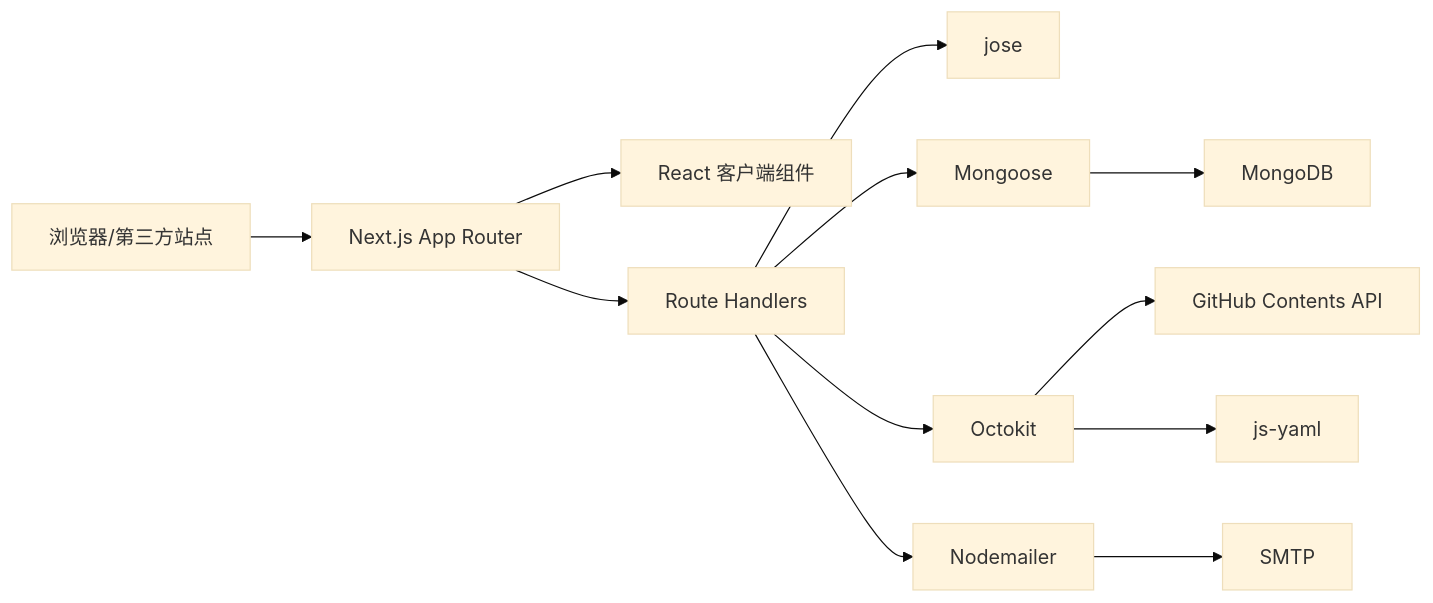
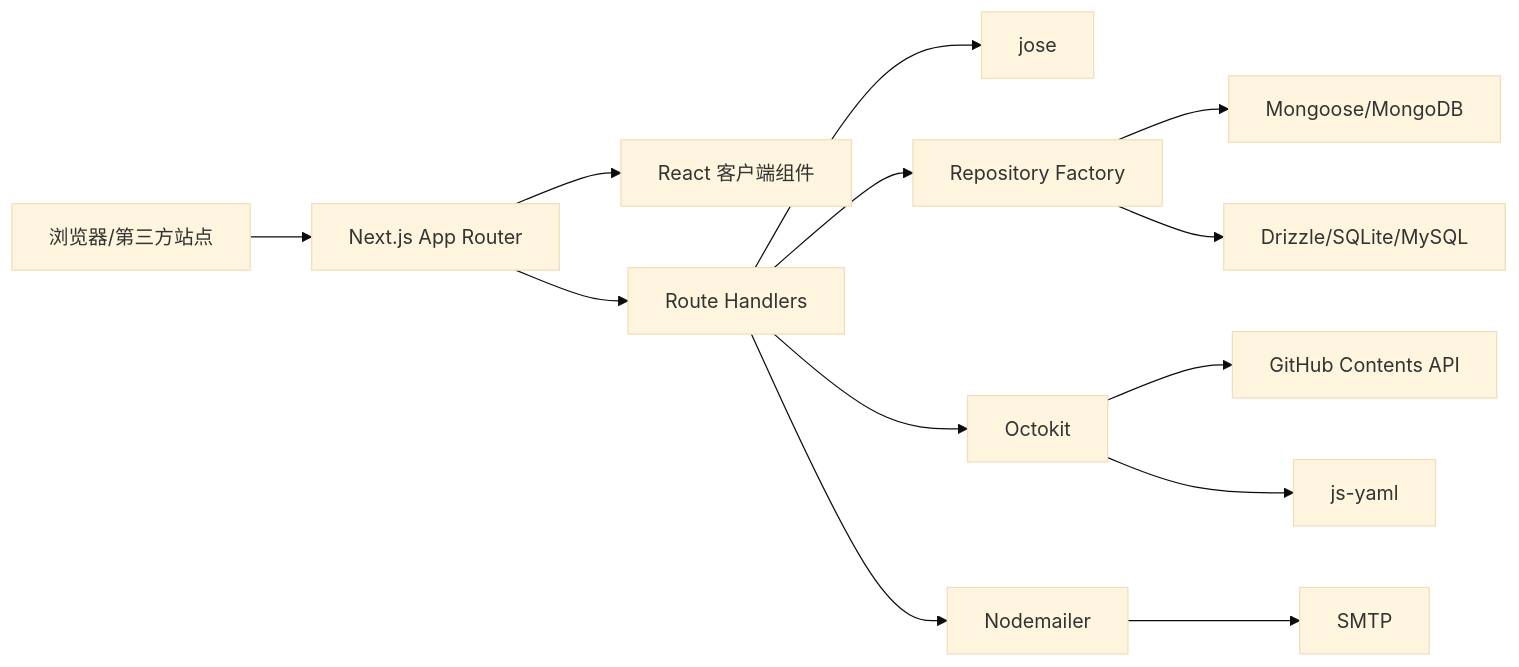
The diagram in docs/code-wiki/dependencies.md (kmoretti/friendlink-verify), drawn with Mermaid (base theme) before and after one commit. The commit also changed other lines of this file and 52 other files, not shown here.

````diff
--- a/docs/code-wiki/dependencies.md
+++ b/docs/code-wiki/dependencies.md
@@ -72,14 +83,15 @@
 ```mermaid
 graph LR
   Browser[浏览器/第三方站点] --> Next[Next.js App Router]
   Next --> React[React 客户端组件]
   Next --> Route[Route Handlers]
   Route --> Jose[jose]
-  Route --> Mongoose[Mongoose]
+  Route --> Database[Repository Factory]
   Route --> Octokit[Octokit]
   Route --> Nodemailer[Nodemailer]
   Octokit --> GitHub[GitHub Contents API]
-  Mongoose --> Mongo[MongoDB]
+  Database --> Mongo[Mongoose/MongoDB]
+  Database --> SQL[Drizzle/SQLite/MySQL]
   Nodemailer --> SMTP[SMTP]
   Octokit --> JsYaml[js-yaml]
 ```
````
